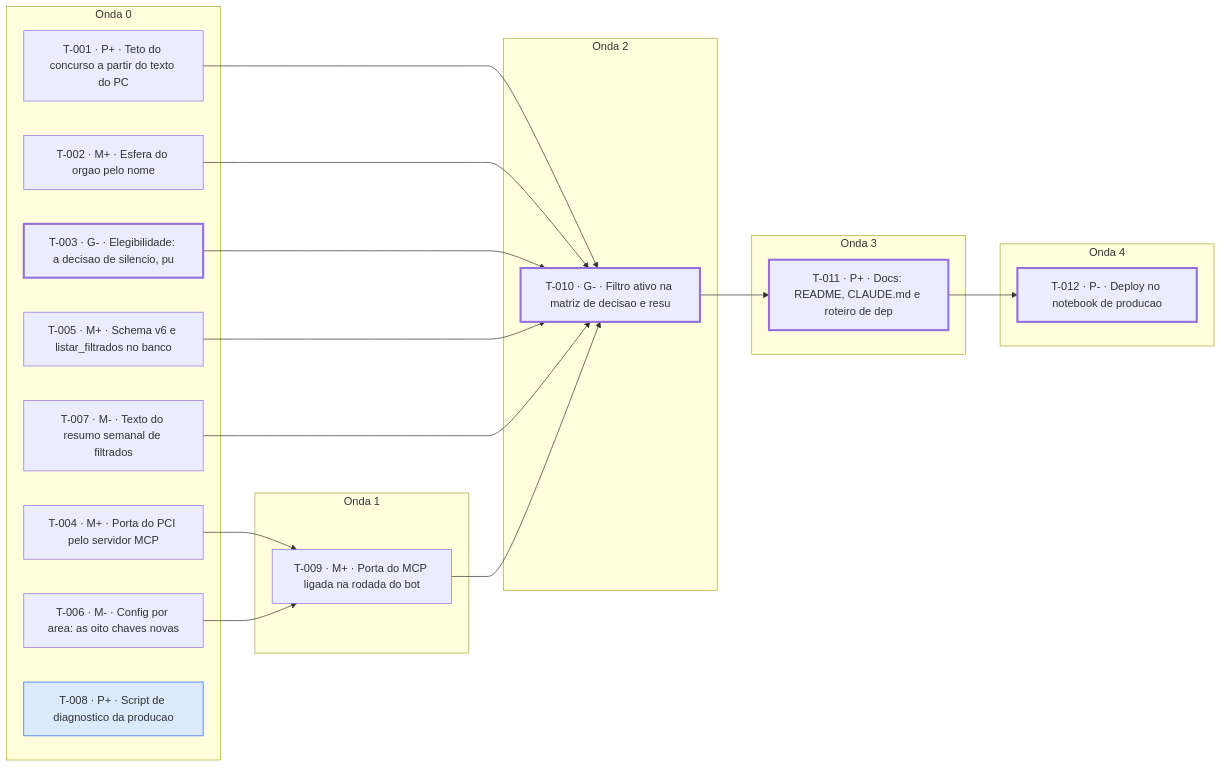
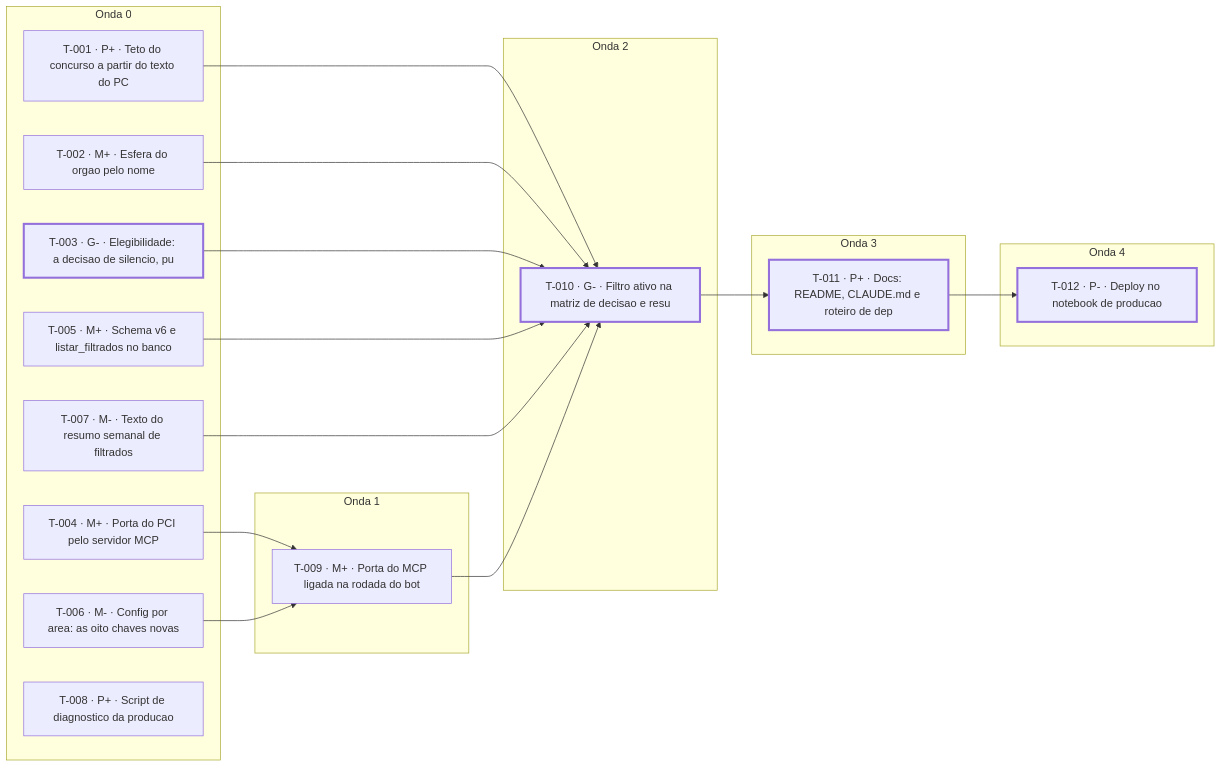
Before and after one commit to lucasmsorrentino/monitor_concursos_ti: the diagram in kanban/MAPA.md, drawn with Mermaid. The commit also changed other lines of this file and 2 other files, not shown here.

````diff
--- a/kanban/MAPA.md
+++ b/kanban/MAPA.md
@@ -71,39 +71,37 @@
 ```mermaid
 graph LR
   subgraph O0["Onda 0"]
     T001["T-001 · P+ · Teto do concurso a partir do texto do PC"]
     T002["T-002 · M+ · Esfera do orgao pelo nome"]
     T003["T-003 · G- · Elegibilidade: a decisao de silencio, pu"]
     T004["T-004 · M+ · Porta do PCI pelo servidor MCP"]
     T005["T-005 · M+ · Schema v6 e listar_filtrados no banco"]
     T006["T-006 · M- · Config por area: as oito chaves novas"]
     T007["T-007 · M- · Texto do resumo semanal de filtrados"]
     T008["T-008 · P+ · Script de diagnostico da producao"]
   end
   subgraph O1["Onda 1"]
     T009["T-009 · M+ · Porta do MCP ligada na rodada do bot"]
   end
   subgraph O2["Onda 2"]
     T010["T-010 · G- · Filtro ativo na matriz de decisao e resu"]
   end
   subgraph O3["Onda 3"]
     T011["T-011 · P+ · Docs: README, CLAUDE.md e roteiro de dep"]
   end
   subgraph O4["Onda 4"]
     T012["T-012 · P- · Deploy no notebook de producao"]
   end
   T004 --> T009
   T006 --> T009
   T001 --> T010
   T002 --> T010
   T003 --> T010
   T005 --> T010
   T007 --> T010
   T009 --> T010
   T010 --> T011
   T011 --> T012
-  classDef fazendo fill:#dbeafe,stroke:#2563eb
-  class T008 fazendo
   classDef critico stroke-width:3px
   class T003,T010,T011,T012 critico
 ```
````
